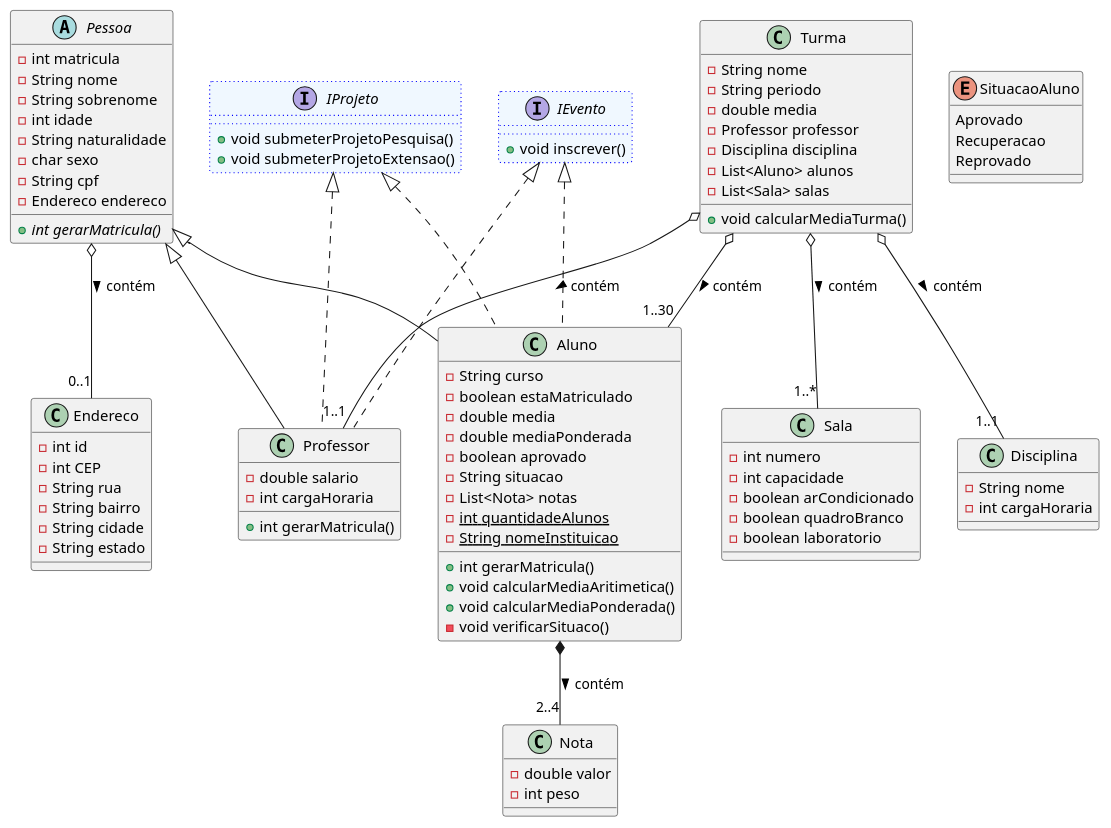
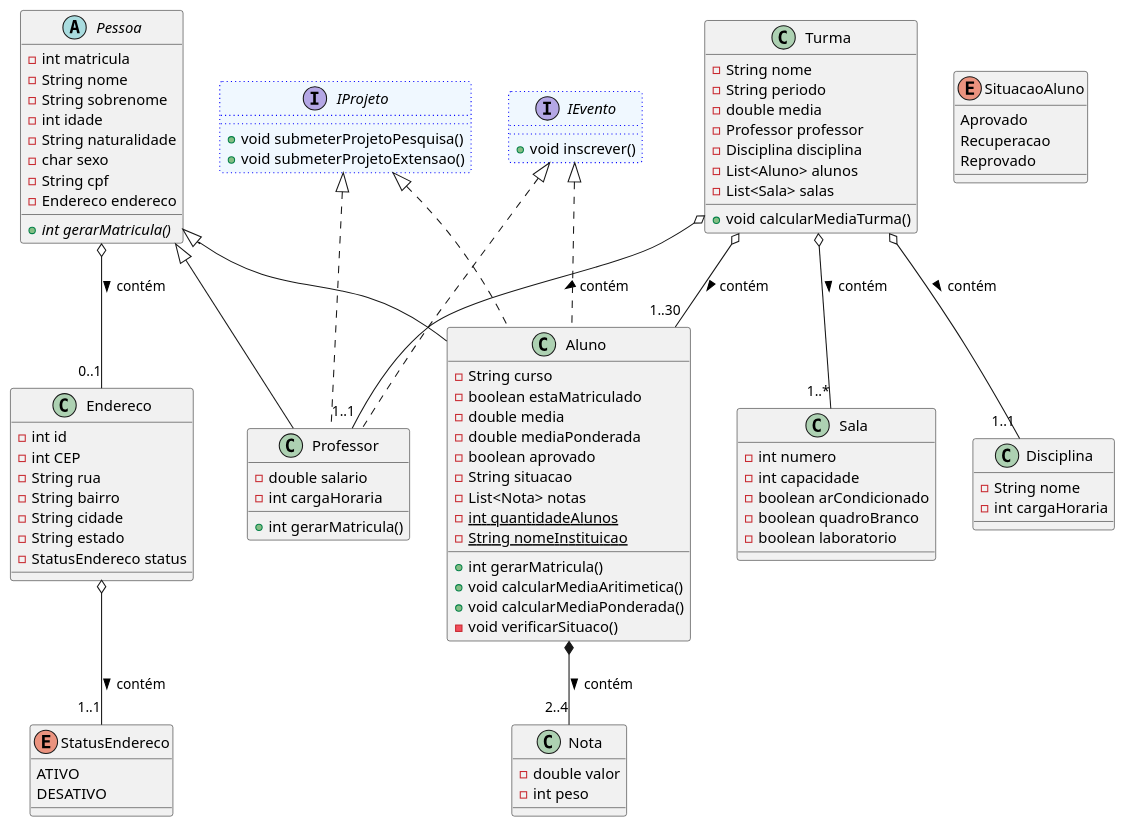
One commit to diegoarmandoo/academico-web-api changed the diagram in diagramas/DiagramaClasse.wsd. Above: the diagram before and after it, drawn with PlantUML.

Commit message:
✨feat(Diagrama): atualiza o diagrama de classes | Parte 05
- Define o enum do status do endereço
- Inclui o atributo status na entidade de endereço
- Configura a relação entre o enum e a entidade

```diff
--- a/diagramas/DiagramaClasse.wsd
+++ b/diagramas/DiagramaClasse.wsd
@@ -1,113 +1,121 @@
 @startuml Academico
+
+    enum StatusEndereco {
+        ATIVO 
+        DESATIVO
+    }
 
     Class Endereco {
         - int id
         - int CEP
         - String rua
         - String bairro
         - String cidade
         - String estado
+        - StatusEndereco status
     }
 
     abstract Class Pessoa {
         - int matricula
         - String nome
         - String sobrenome
         - int idade
         - String naturalidade
         - char sexo
         - String cpf
         - Endereco endereco
 
         + {abstract} int gerarMatricula()
     }
 
     Class Nota {
         - double valor
         - int peso
     }
 
     Class Aluno {
         - String curso 
         - boolean estaMatriculado
         - double media
         - double mediaPonderada
         - boolean aprovado
         - String situacao
         - List<Nota> notas
         - {static} int quantidadeAlunos
         - {static} String nomeInstituicao
 
         + int gerarMatricula()
         + void calcularMediaAritimetica()
         + void calcularMediaPonderada()
         - void verificarSituaco()
     }
 
     Class Professor {
         - double salario
         - int cargaHoraria
         
         + int gerarMatricula()
     }
 
     Class Disciplina {
         - String nome
         - int cargaHoraria
     }
 
     Class Sala {
         - int numero
         - int capacidade
         - boolean arCondicionado
         - boolean quadroBranco
         - boolean laboratorio
     }
 
     Class Turma {
         - String nome
         - String periodo
         - double media
         - Professor professor
         - Disciplina disciplina
         - List<Aluno> alunos
         - List<Sala> salas
 
         + void calcularMediaTurma()
     }
 
     interface IProjeto #aliceblue ##[dotted]blue {
 
         + void submeterProjetoPesquisa()
         + void submeterProjetoExtensao()
 
     }
 
     interface IEvento #aliceblue ##[dotted]blue {
 
         + void inscrever()
     }
 
     enum SituacaoAluno {
         Aprovado
         Recuperacao
         Reprovado
     }
 
     Pessoa <|-- Aluno
     Pessoa <|-- Professor
     Pessoa o-- "0..1" Endereco : contém >
 
     Aluno *-- "2..4" Nota : contém >
 
     Turma o-- "1..1" Professor : contém >
     Turma o-- "1..1" Disciplina : contém >
     Turma o-- "1..30" Aluno : contém >
     Turma o-- "1..*" Sala : contém >
 
     IProjeto <|.. Professor
     IProjeto <|.. Aluno
     IEvento <|.. Professor
     IEvento <|.. Aluno
 
+   Endereco o-- "1..1" StatusEndereco : contém >
+
 @enduml
```
